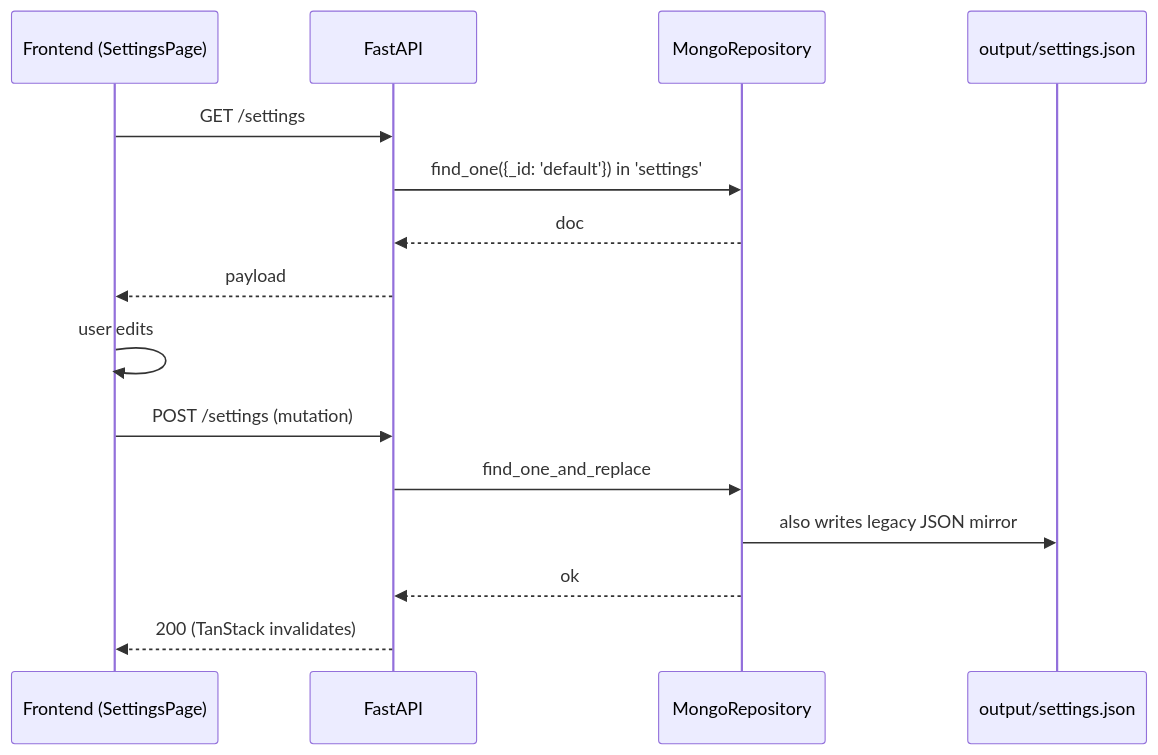
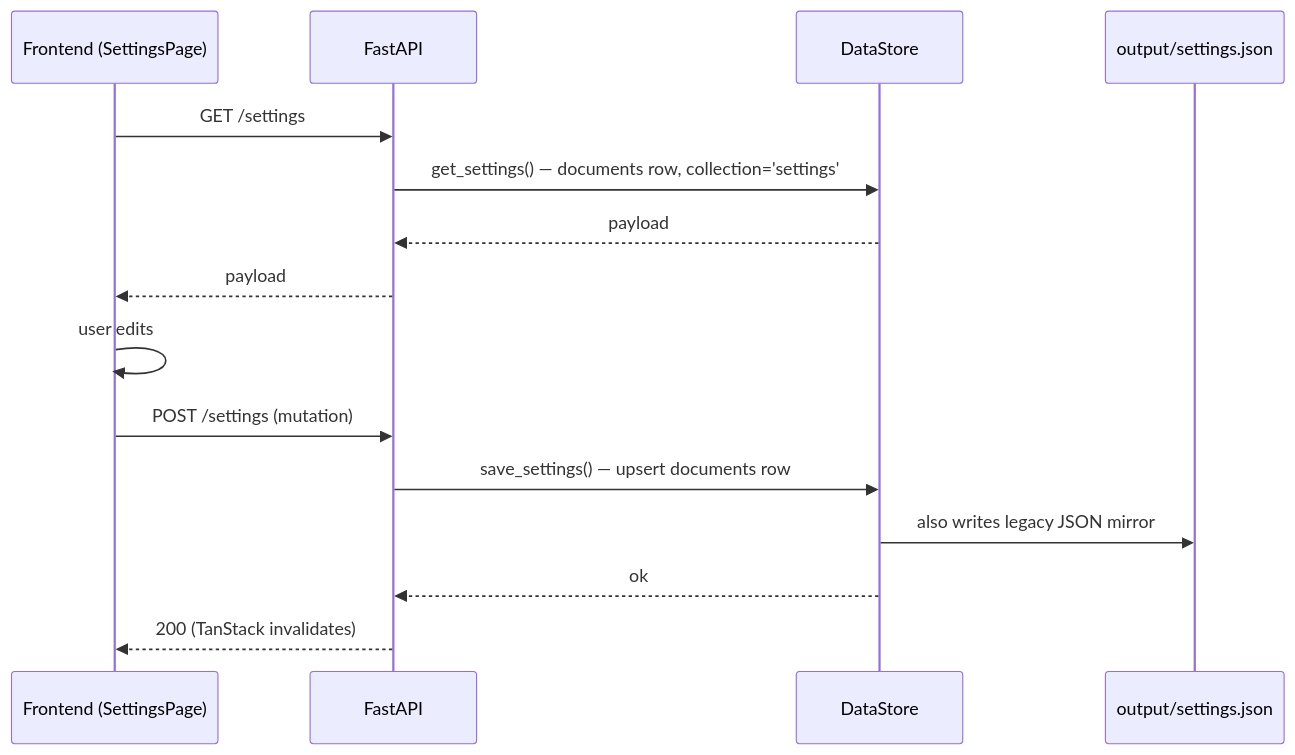
The diagram in obsidian/00-Architecture/Settings Persistence Flow.md (Fly-onlyone/ZZZ_Bot_Python), drawn with Mermaid before and after one commit. The commit also changed other lines of this file and 88 other files, not shown here.

````diff
--- a/obsidian/00-Architecture/Settings Persistence Flow.md
+++ b/obsidian/00-Architecture/Settings Persistence Flow.md
@@ -21,18 +22,18 @@
 ```mermaid
 sequenceDiagram
     participant FE as Frontend (SettingsPage)
     participant API as FastAPI
-    participant MR as MongoRepository
+    participant DS as DataStore
     participant FS as output/settings.json
 
     FE->>API: GET /settings
-    API->>MR: find_one({_id: 'default'}) in 'settings'
-    MR-->>API: doc
+    API->>DS: get_settings() — documents row, collection='settings'
+    DS-->>API: payload
     API-->>FE: payload
     FE->>FE: user edits
     FE->>API: POST /settings (mutation)
-    API->>MR: find_one_and_replace
-    MR->>FS: also writes legacy JSON mirror
-    MR-->>API: ok
+    API->>DS: save_settings() — upsert documents row
+    DS->>FS: also writes legacy JSON mirror
+    DS-->>API: ok
     API-->>FE: 200 (TanStack invalidates)
 ```
````
